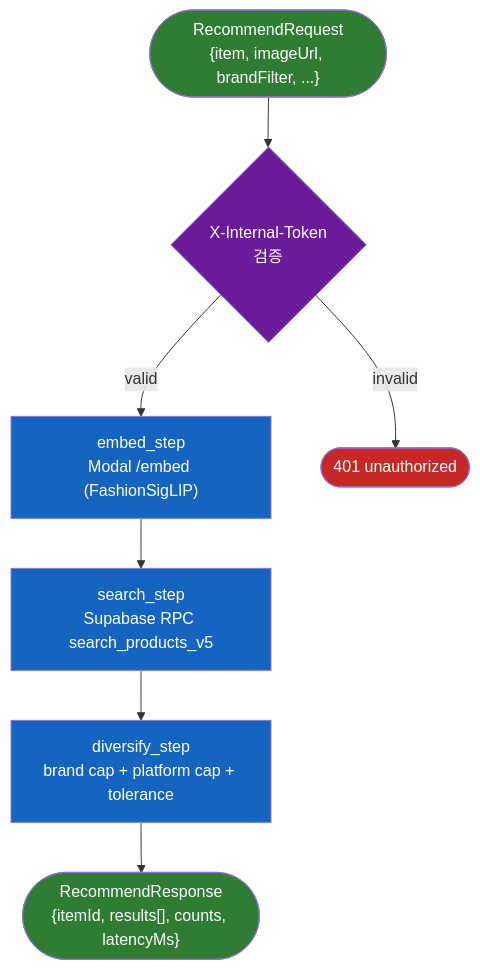
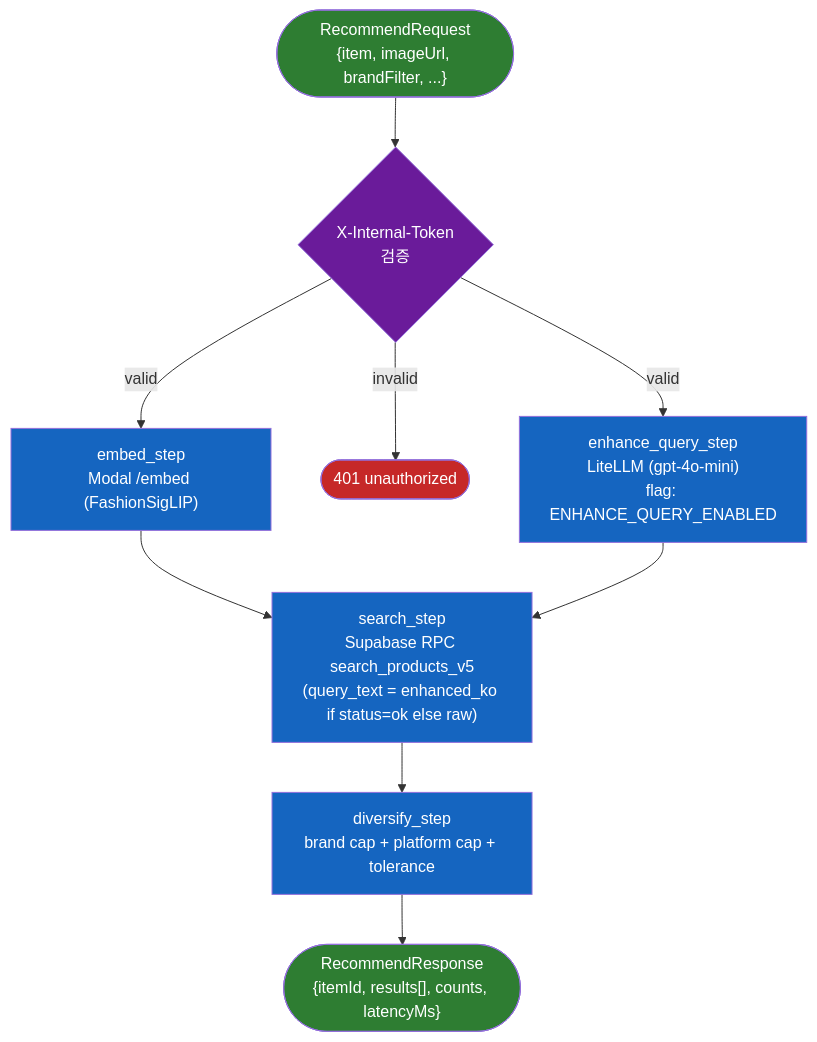
One commit to endurance-ai/ai-server changed the diagram in docs/features/pipeline.md. Above: the diagram before and after it, drawn with Mermaid. The commit also changed other lines of this file and 10 other files, not shown here.

First line of the commit message:
feat(pipeline): enhance_query LLM 단계 도입 (SPEC-PIPELINE-001)

````diff
--- a/docs/features/pipeline.md
+++ b/docs/features/pipeline.md
@@ -7,26 +7,29 @@
 ```mermaid
 flowchart TD
     REQ(["RecommendRequest<br/>{item, imageUrl, brandFilter, ...}"])
     REQ --> AUTH{X-Internal-Token<br/>검증}
     AUTH -->|valid| EMBED
     AUTH -->|invalid| E401([401 unauthorized])
 
     EMBED["embed_step<br/>Modal /embed (FashionSigLIP)"]
+    ENHANCE["enhance_query_step<br/>LiteLLM (gpt-4o-mini)<br/>flag: ENHANCE_QUERY_ENABLED"]
+    AUTH -->|valid| ENHANCE
     EMBED --> SEARCH
+    ENHANCE --> SEARCH
 
-    SEARCH["search_step<br/>Supabase RPC search_products_v5"]
+    SEARCH["search_step<br/>Supabase RPC search_products_v5<br/>(query_text = enhanced_ko if status=ok else raw)"]
     SEARCH --> DIVERSIFY
 
     DIVERSIFY["diversify_step<br/>brand cap + platform cap + tolerance"]
     DIVERSIFY --> RES(["RecommendResponse<br/>{itemId, results[], counts, latencyMs}"])
 
     classDef step fill:#1565c0,color:#fff
     classDef data fill:#2e7d32,color:#fff
     classDef ext fill:#6a1b9a,color:#fff
     classDef err fill:#c62828,color:#fff
 
-    class EMBED,SEARCH,DIVERSIFY step
+    class EMBED,ENHANCE,SEARCH,DIVERSIFY step
     class REQ,RES data
     class AUTH ext
     class E401 err
 ```
````
